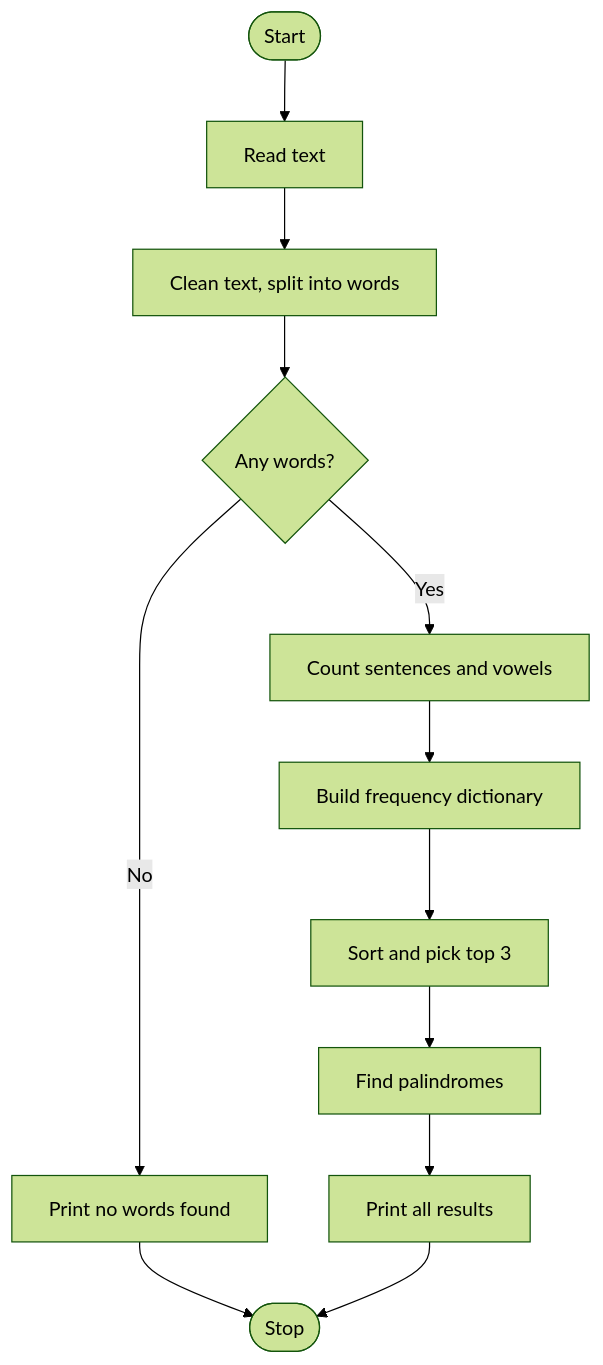
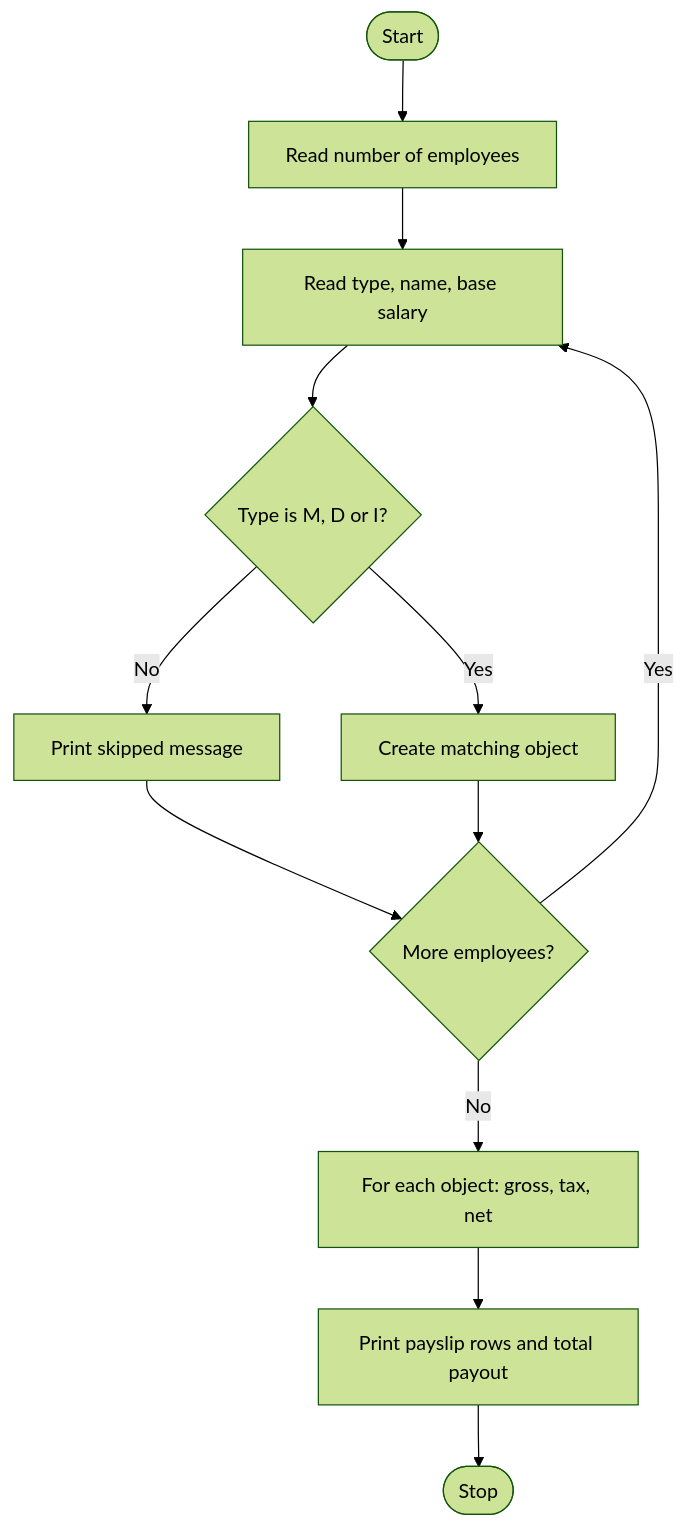
Before and after one commit to thevisionn/2026_27_cse4-264_python_programming: the diagram in README.md, drawn with Mermaid (forest theme). The commit also changed other lines of this file, not shown here.

````diff
--- a/README.md
+++ b/README.md
@@ -52,14 +55,14 @@
 ```mermaid
 flowchart TD
-A(["Start"]) --> B["Read text"]
-B --> C["Clean text, split into words"]
-C --> D{"Any words?"}
-D -->|No| E["Print no words found"]
-D -->|Yes| F["Count sentences and vowels"]
-F --> G["Build frequency dictionary"]
-G --> H["Sort and pick top 3"]
-H --> I["Find palindromes"]
-I --> J["Print all results"]
-E --> K(["Stop"])
-J --> K
+A(["Start"]) --> B["Read number of employees"]
+B --> C["Read type, name, base salary"]
+C --> D{"Type is M, D or I?"}
+D -->|No| E["Print skipped message"]
+D -->|Yes| F["Create matching object"]
+E --> G{"More employees?"}
+F --> G
+G -->|Yes| C
+G -->|No| H["For each object: gross, tax, net"]
+H --> I["Print payslip rows and total payout"]
+I --> J(["Stop"])
 ```
````
